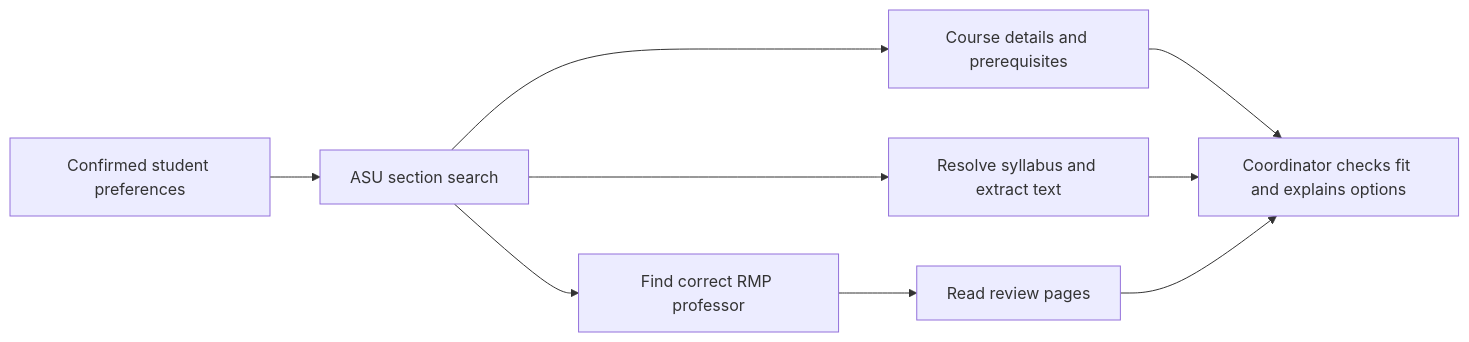
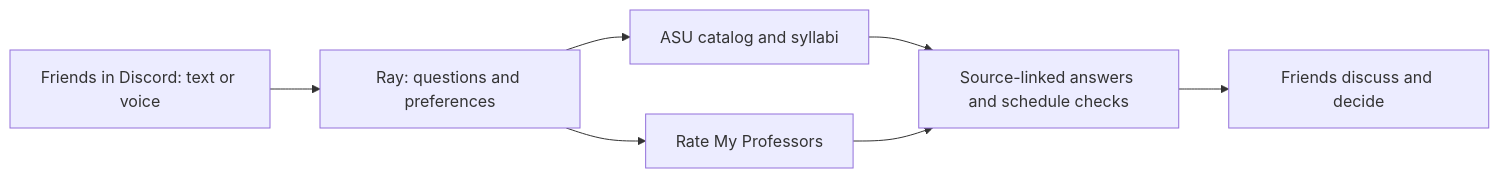
The diagram in README.md (BhaveshBalaji/sameclass-track3), drawn with Mermaid before and after one commit. The commit also changed other lines of this file and 4 other files, not shown here.

````diff
--- a/README.md
+++ b/README.md
@@ -44,11 +76,9 @@
 ```mermaid
 flowchart LR
-  A[Confirmed student preferences] --> B[ASU section search]
-  B --> C[Course details and prerequisites]
-  B --> D[Resolve syllabus and extract text]
-  B --> E[Find correct RMP professor]
-  E --> F[Read review pages]
-  C --> G[Coordinator checks fit and explains options]
-  D --> G
-  F --> G
+  A[Friends in Discord: text or voice] --> B[Ray: questions and preferences]
+  B --> C[ASU catalog and syllabi]
+  B --> D[Rate My Professors]
+  C --> E[Source-linked answers and schedule checks]
+  D --> E
+  E --> F[Friends discuss and decide]
 ```
````
